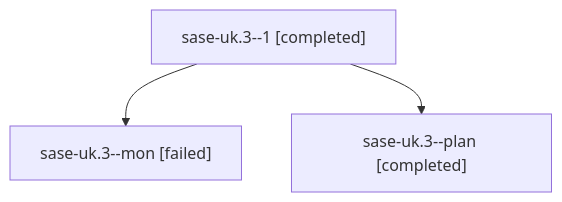
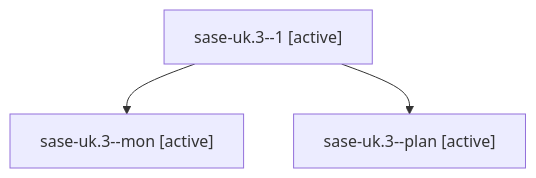
Before and after one commit to sase-org/sase--agents: the diagram in families/bbugyi200.athena.sase-uk.3.md, drawn with Mermaid. The commit also changed other lines of this file and 35830 other files, not shown here.

````diff
--- a/families/bbugyi200.athena.sase-uk.3.md
+++ b/families/bbugyi200.athena.sase-uk.3.md
@@ -9,8 +9,8 @@
 ```mermaid
 flowchart TD
-  n0["sase-uk.3--1 [completed]"]
-  n1["sase-uk.3--mon [failed]"]
+  n0["sase-uk.3--1 [active]"]
+  n1["sase-uk.3--mon [active]"]
   n0 --> n1
-  n2["sase-uk.3--plan [completed]"]
+  n2["sase-uk.3--plan [active]"]
   n0 --> n2
 ```
````
